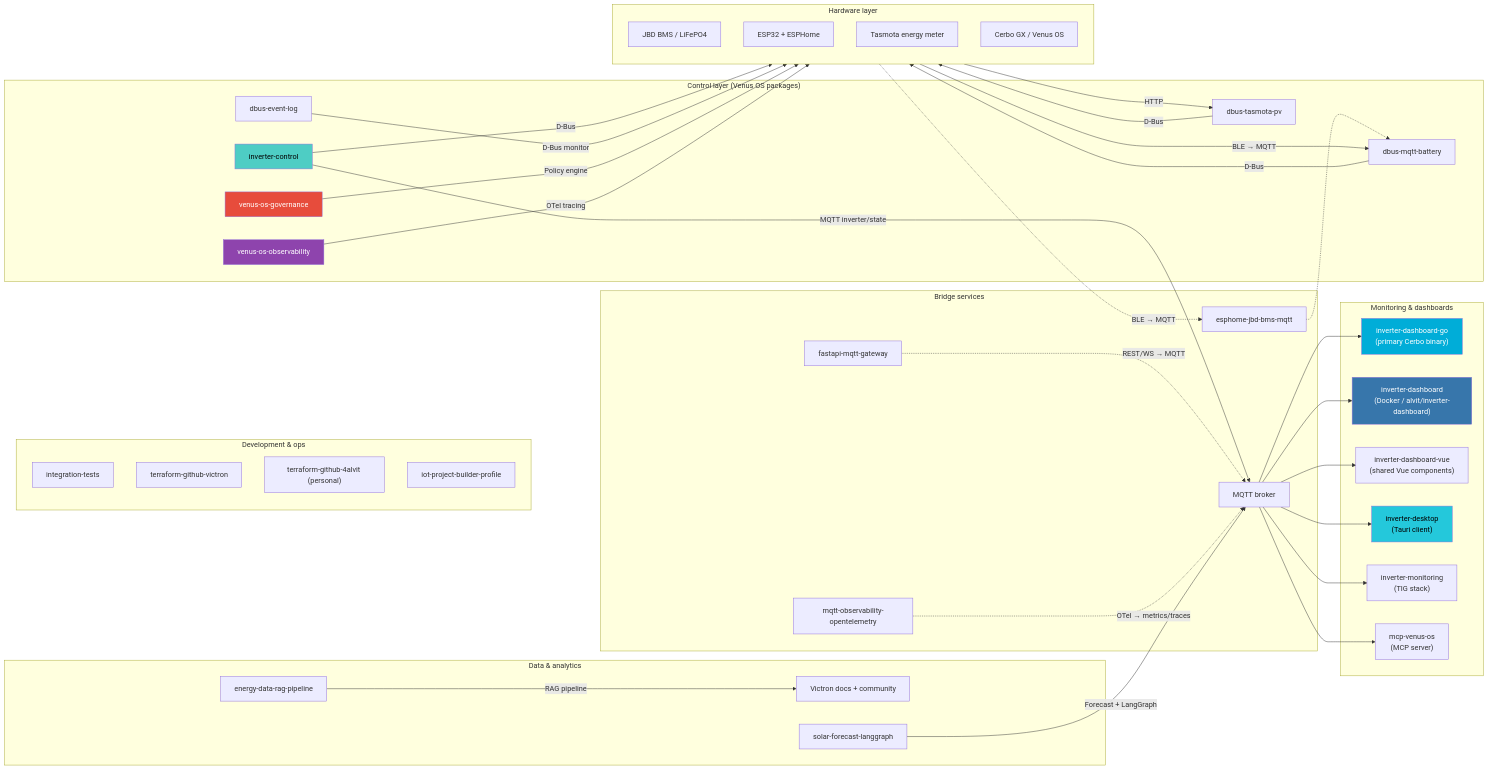
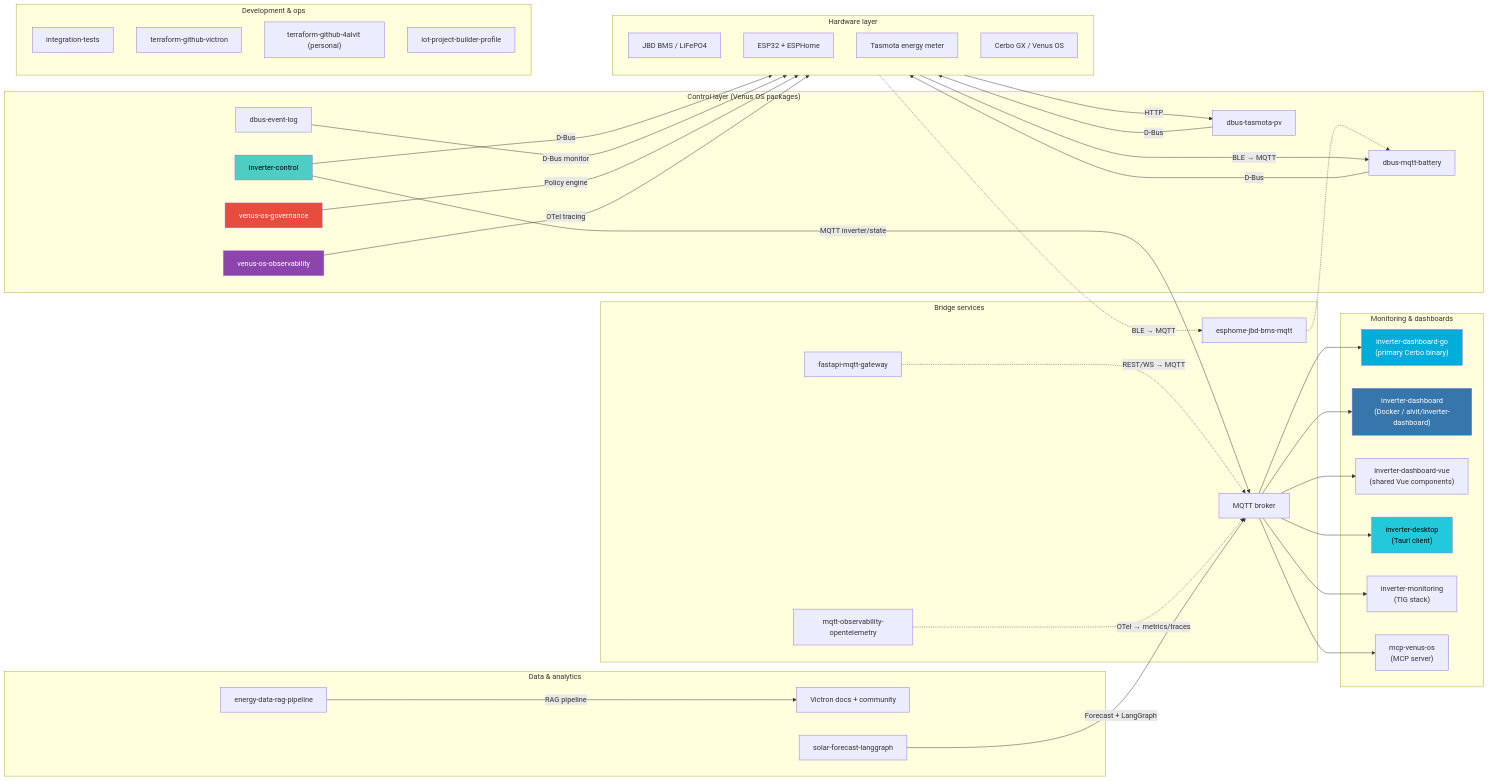
Before and after one commit to victron-venus/.github: the diagram in profile/README.md, drawn with Mermaid. The commit also changed other lines of this file, not shown here.

````diff
--- a/profile/README.md
+++ b/profile/README.md
@@ -9,57 +9,57 @@
 ```mermaid
 flowchart LR
-    subgraph Dev["Development & ops"]
-        IT["integration-tests"]
-        TFV["terraform-github-victron"]
-        TF4["terraform-github-4alvit (personal)"]
-        BUILD["iot-project-builder-profile"]
-    end
-
     subgraph Hardware["Hardware layer"]
         direction TB
         BMS["JBD BMS / LiFePO4"]
         ESP["ESP32 + ESPHome"]
         TAS["Tasmota energy meter"]
         CERBO["Cerbo GX / Venus OS"]
     end
 
     subgraph Control["Control layer (Venus OS packages)"]
         ESP -->|"BLE → MQTT"| BM["dbus-mqtt-battery"]
         TAS -->|"HTTP"| PV["dbus-tasmota-pv"]
         BM -->|"D-Bus"| CERBO
         PV -->|"D-Bus"| CERBO
         IC["inverter-control"] -->|"D-Bus"| CERBO
         EL["dbus-event-log"] -->|"D-Bus monitor"| CERBO
         GOV["venus-os-governance"] -->|"Policy engine"| CERBO
         OBS["venus-os-observability"] -->|"OTel tracing"| CERBO
     end
 
     subgraph Bridge["Bridge services"]
         ESP -.->|"BLE → MQTT"| ESPH["esphome-jbd-bms-mqtt"]
         ESPH -.-> BM
         FG["fastapi-mqtt-gateway"] -.->|"REST/WS → MQTT"| MQTT["MQTT broker"]
         MO["mqtt-observability-opentelemetry"] -.->|"OTel → metrics/traces"| MQTT
     end
 
     subgraph UI["Monitoring & dashboards"]
         IC -->|"MQTT inverter/state"| MQTT
         MQTT --> DGO["inverter-dashboard-go\n(primary Cerbo binary)"]
         MQTT --> DPY["inverter-dashboard\n(Docker / alvit/inverter-dashboard)"]
         MQTT --> DVUE["inverter-dashboard-vue\n(shared Vue components)"]
         MQTT --> DT["inverter-desktop\n(Tauri client)"]
         MQTT --> MON["inverter-monitoring\n(TIG stack)"]
         MQTT --> MCP["mcp-venus-os\n(MCP server)"]
     end
 
     subgraph Data["Data & analytics"]
         RAG["energy-data-rag-pipeline"] -->|"RAG pipeline"| DOCS["Victron docs + community"]
         SF["solar-forecast-langgraph"] -->|"Forecast + LangGraph"| MQTT
     end
 
+    subgraph Dev["Development & ops"]
+        IT["integration-tests"]
+        TFV["terraform-github-victron"]
+        TF4["terraform-github-4alvit (personal)"]
+        BUILD["iot-project-builder-profile"]
+    end
+
     style IC fill:#4ecdc4,color:#000
     style DGO fill:#00ADD8,color:#fff
     style DPY fill:#3776ab,color:#fff
     style DT fill:#24c8db,color:#000
     style GOV fill:#e74c3c,color:#fff
     style OBS fill:#8e44ad,color:#fff
 ```
````
